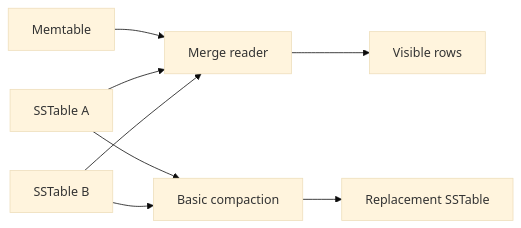
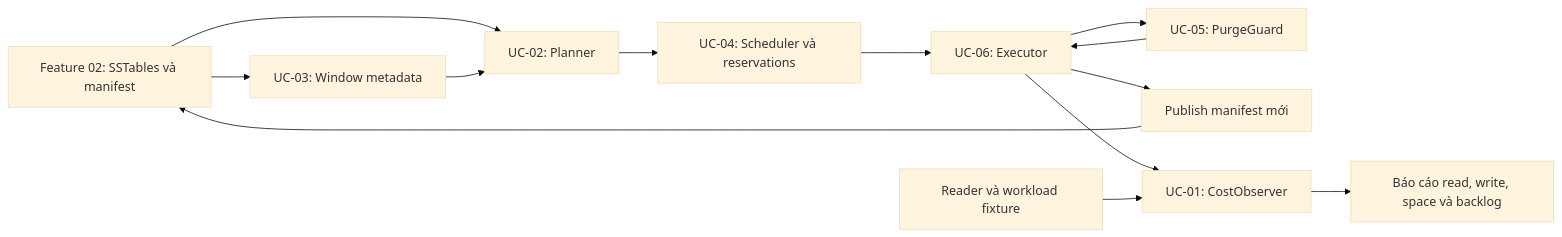
The first of 2 diagrams in scylla/reimplement/feature/03-read-merge-and-basic-compaction.md (flynn3103/engineer-lab), drawn with Mermaid (base theme) before and after one commit. The commit also changed other lines of this file and 26 other files, not shown here.

````diff
--- a/scylla/reimplement/feature/03-read-merge-and-basic-compaction.md
+++ b/scylla/reimplement/feature/03-read-merge-and-basic-compaction.md
@@ -15,10 +63,15 @@
 ```mermaid
 flowchart LR
-    M[Memtable] --> R[Merge reader]
-    S1[SSTable A] --> R
-    S2[SSTable B] --> R
-    R --> V[Visible rows]
-    S1 --> C[Basic compaction]
-    S2 --> C
-    C --> S3[Replacement SSTable]
+    F[Feature 02: SSTables và manifest] --> P[UC-02: Planner]
+    F --> W[UC-03: Window metadata]
+    W --> P
+    P --> S[UC-04: Scheduler và reservations]
+    S --> E[UC-06: Executor]
+    E --> G[UC-05: PurgeGuard]
+    G --> E
+    E --> M[Publish manifest mới]
+    M --> F
+    E --> O[UC-01: CostObserver]
+    R[Reader và workload fixture] --> O
+    O --> C[Báo cáo read, write, space và backlog]
 ```
````
